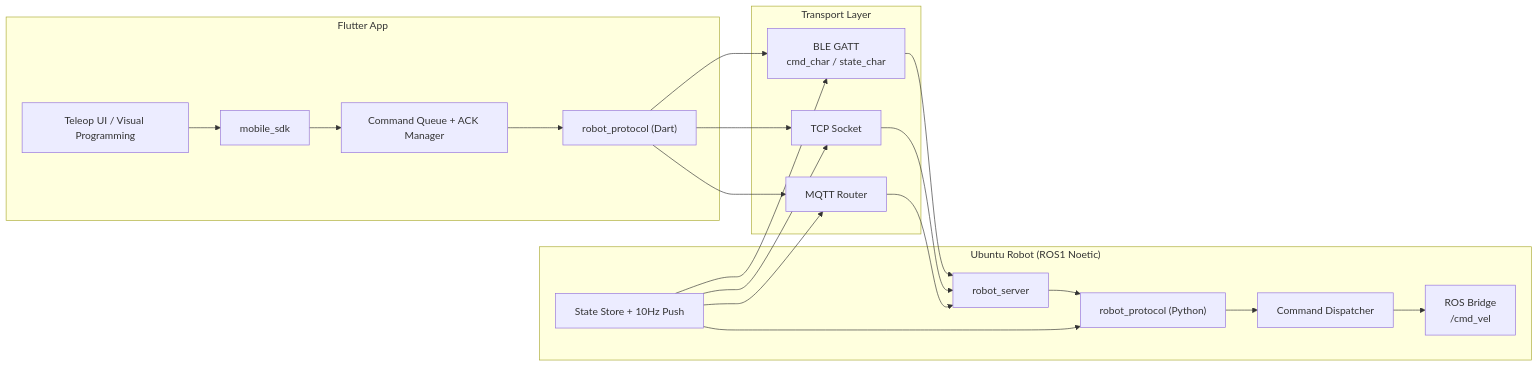
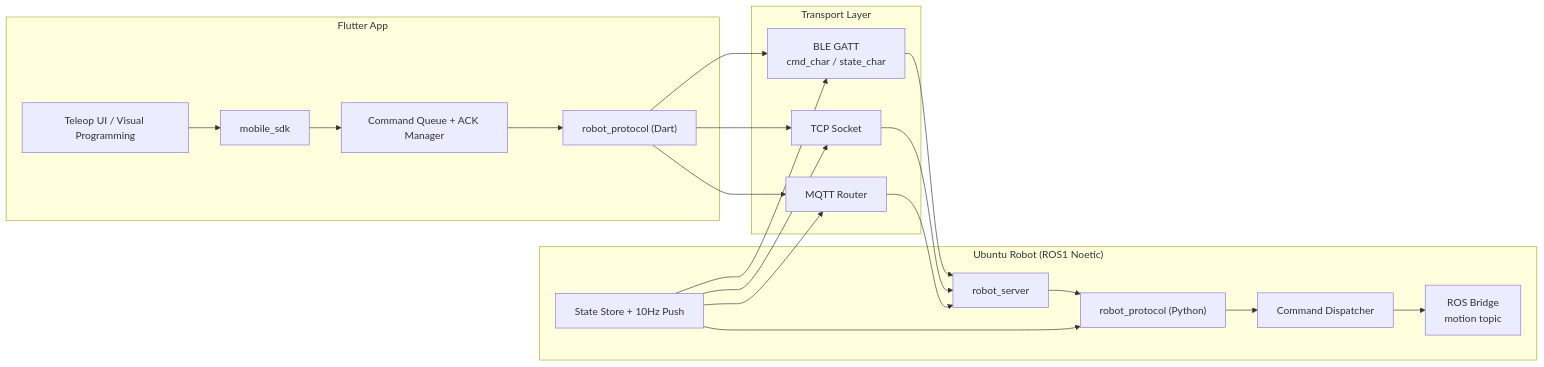
Before and after one commit to loong2014/FF_robot: the first of 3 diagrams in docs/phase0_design.md, drawn with Mermaid. The commit also changed other lines of this file and 192 other files, not shown here.

````diff
--- a/docs/phase0_design.md
+++ b/docs/phase0_design.md
@@ -7,38 +7,38 @@
 ```mermaid
 flowchart LR
     subgraph App["Flutter App"]
         UI["Teleop UI / Visual Programming"]
         SDK["mobile_sdk"]
         CQ["Command Queue + ACK Manager"]
         DPROTO["robot_protocol (Dart)"]
         UI --> SDK --> CQ --> DPROTO
     end
 
     subgraph Transport["Transport Layer"]
         BLE["BLE GATT<br/>cmd_char / state_char"]
         TCP["TCP Socket"]
         MQTT["MQTT Router"]
     end
 
     subgraph Robot["Ubuntu Robot (ROS1 Noetic)"]
         SERVER["robot_server"]
         PPROTO["robot_protocol (Python)"]
         DISPATCH["Command Dispatcher"]
-        ROS["ROS Bridge<br/>/cmd_vel"]
+        ROS["ROS Bridge<br/>motion topic"]
         STATE["State Store + 10Hz Push"]
         SERVER --> PPROTO --> DISPATCH --> ROS
         STATE --> PPROTO
     end
 
     DPROTO --> BLE
     DPROTO --> TCP
     DPROTO --> MQTT
 
     BLE --> SERVER
     TCP --> SERVER
     MQTT --> SERVER
 
     STATE --> BLE
     STATE --> TCP
     STATE --> MQTT
 ```
````
